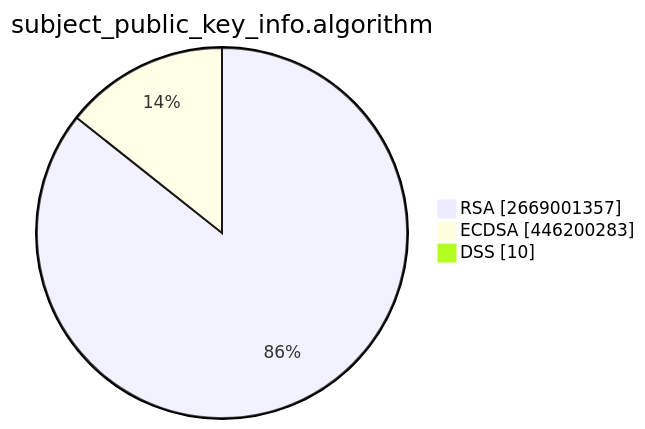
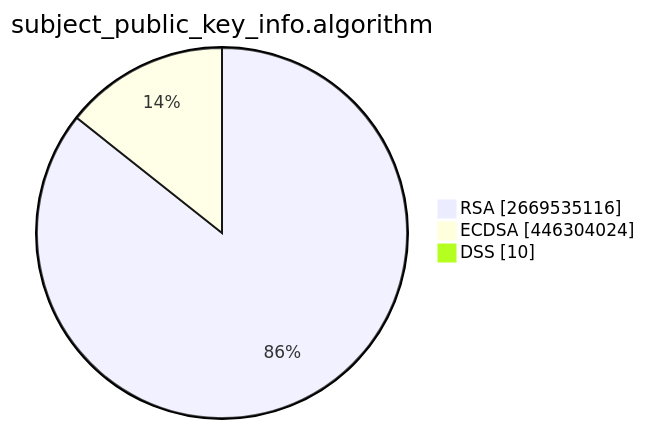
Before and after one commit to christiankrug/ctmonitor_visualization: the second of 15 diagrams in TOTAL/README.md, drawn with Mermaid. The commit also changed other lines of this file, not shown here.

````diff
--- a/TOTAL/README.md
+++ b/TOTAL/README.md
@@ -6,7 +6,7 @@
 ```mermaid
 pie showData
 title subject_public_key_info.algorithm
-"RSA" :2669001357
-"ECDSA" :446200283
+"RSA" :2669535116
+"ECDSA" :446304024
 "DSS" :10
 ```
````
